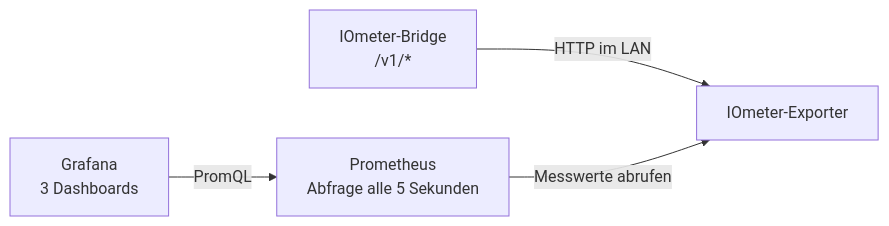
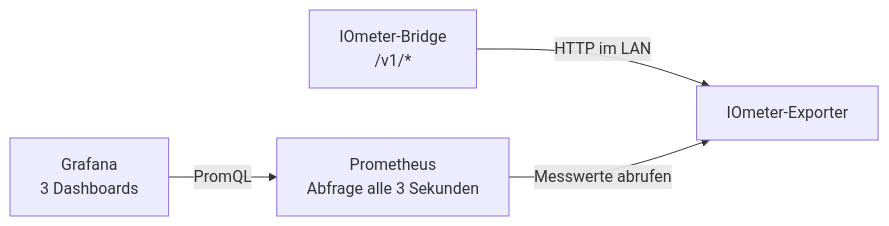
One commit to DasCanard/iometer-dashboard changed the diagram in README.md. Above: the diagram before and after it, drawn with Mermaid. The commit also changed 3 other files, not shown here.

````diff
--- a/README.md
+++ b/README.md
@@ -11,6 +11,6 @@
 ```mermaid
 flowchart LR
     I["IOmeter-Bridge<br/>/v1/*"] -->|HTTP im LAN| E["IOmeter-Exporter"]
-    P["Prometheus<br/>Abfrage alle 5 Sekunden"] -->|Messwerte abrufen| E
+    P["Prometheus<br/>Abfrage alle 3 Sekunden"] -->|Messwerte abrufen| E
     G["Grafana<br/>3 Dashboards"] -->|PromQL| P
 ```
````
